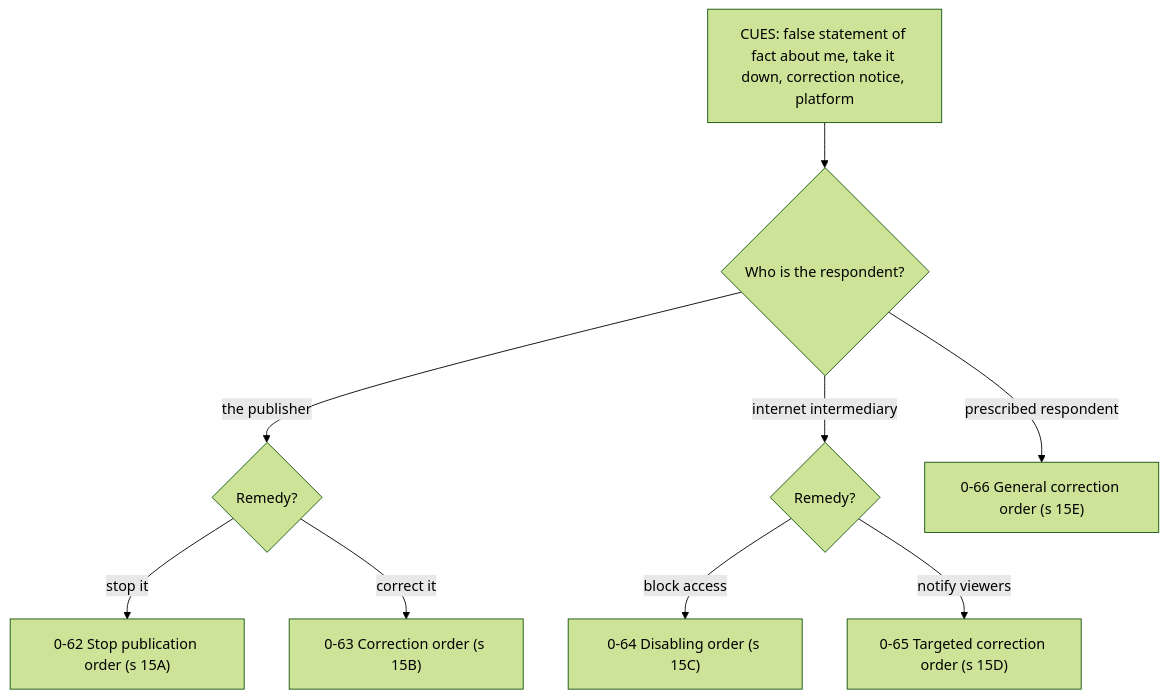
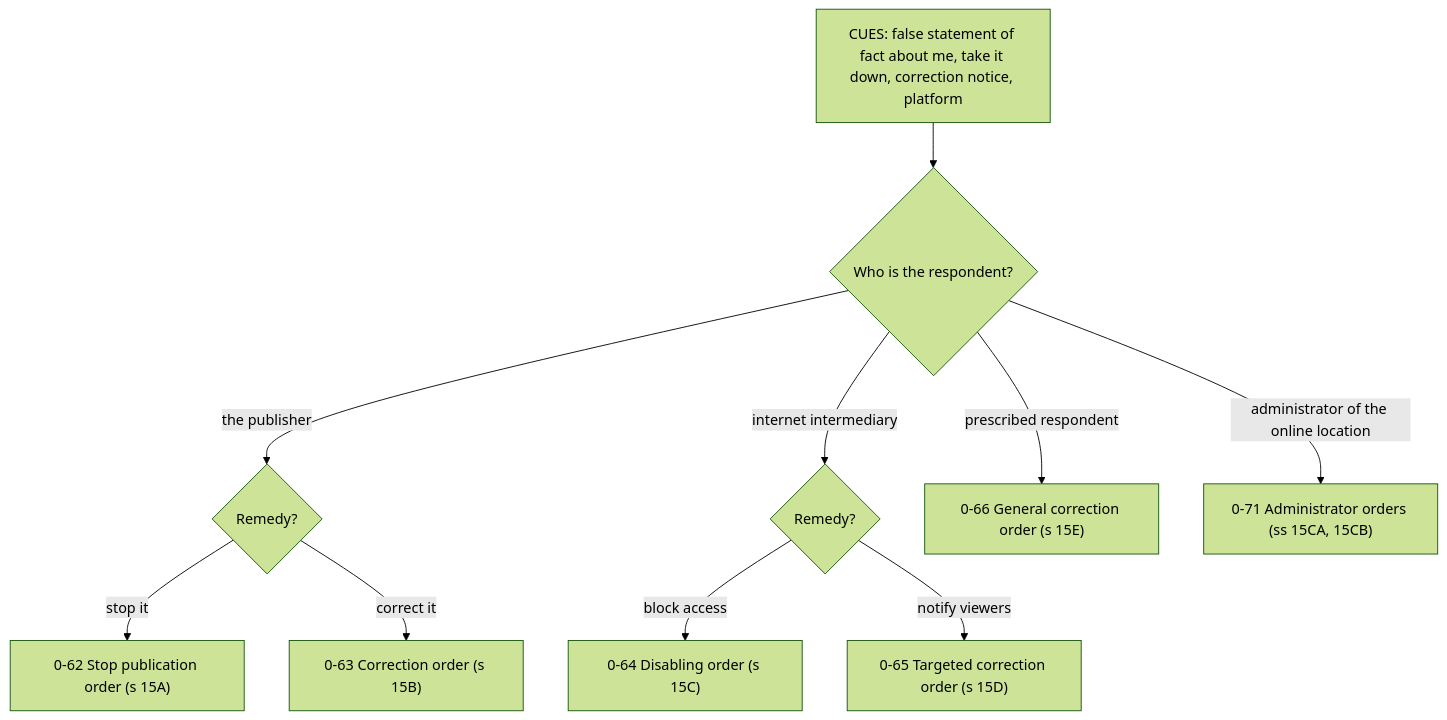
One commit to bennchristian/Bennett-Part-B-Bar-Exam-Helper changed diagram 17 of 59 in study/clk-m/flowcharts.md. Above: the diagram before and after it, drawn with Mermaid (forest theme). The commit also changed other lines of this file and 9 other files, not shown here.

````diff
--- a/study/clk-m/flowcharts.md
+++ b/study/clk-m/flowcharts.md
@@ -644,11 +702,12 @@
 ```mermaid
 flowchart TD
   C["CUES: false statement of fact about me, take it down, correction notice, platform"] --> W{"Who is the respondent?"}
   W -- "the publisher" --> P{"Remedy?"}
   P -- "stop it" --> L1["0-62 Stop publication order (s 15A)"]
   P -- "correct it" --> L2["0-63 Correction order (s 15B)"]
   W -- "internet intermediary" --> I{"Remedy?"}
   I -- "block access" --> L3["0-64 Disabling order (s 15C)"]
   I -- "notify viewers" --> L4["0-65 Targeted correction order (s 15D)"]
   W -- "prescribed respondent" --> L5["0-66 General correction order (s 15E)"]
+  W -- "administrator of the online location" --> L6["0-71 Administrator orders (ss 15CA, 15CB)"]
 ```
````
